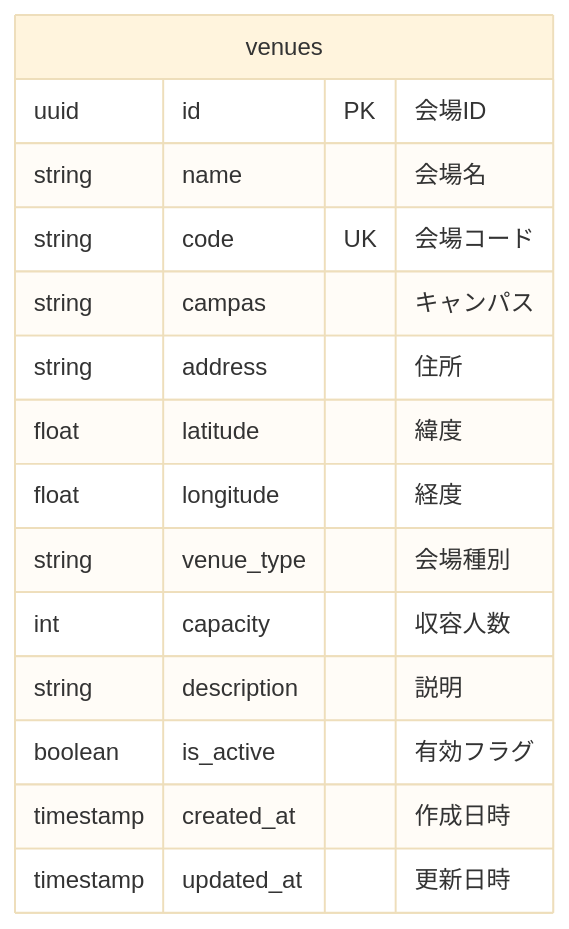
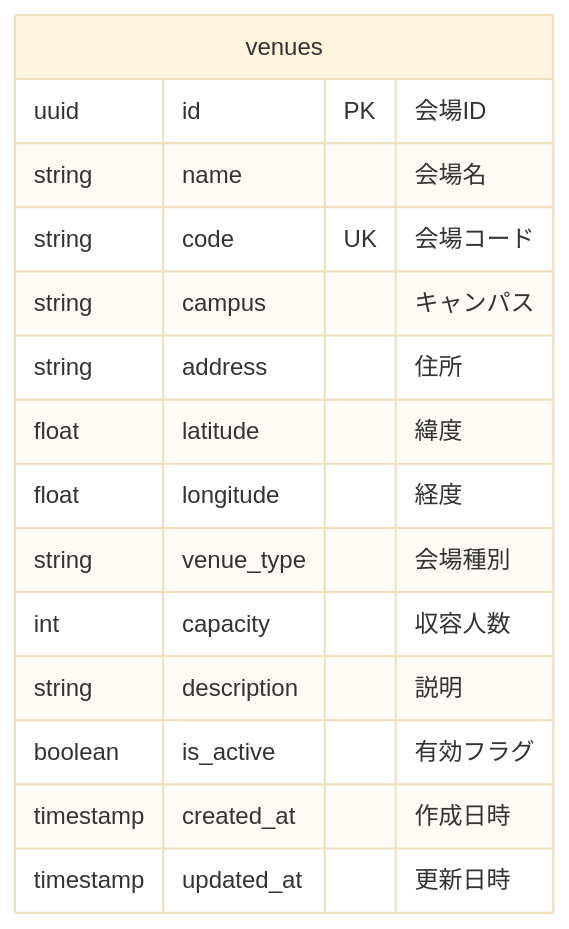
Before and after one commit to NowatariSoma/tomosigoto_nou_system: the diagram in tickets/phase_1/backend/BACK-DB-001/BACK-DB-001.4/README.md, drawn with Mermaid (base theme).

Commit message:
[FIX] 京田辺今出川を判別するためのカラムを追加した

````diff
--- a/tickets/phase_1/backend/BACK-DB-001/BACK-DB-001.4/README.md
+++ b/tickets/phase_1/backend/BACK-DB-001/BACK-DB-001.4/README.md
@@ -46,18 +46,18 @@
 ```mermaid
 erDiagram
     venues {
         uuid id PK "会場ID"
         string name "会場名"
         string code UK "会場コード"
-        string campas "キャンパス"
+        string campus "キャンパス"
         string address "住所"
         float latitude "緯度"
         float longitude "経度"
         string venue_type "会場種別"
         int capacity "収容人数"
         string description "説明"
         boolean is_active "有効フラグ"
         timestamp created_at "作成日時"
         timestamp updated_at "更新日時"
     }
 ```
````
